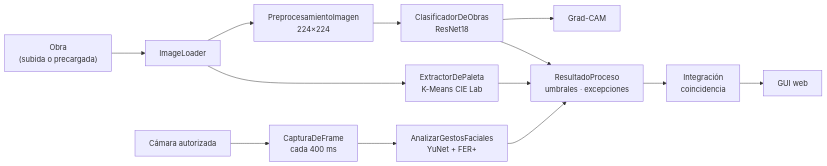
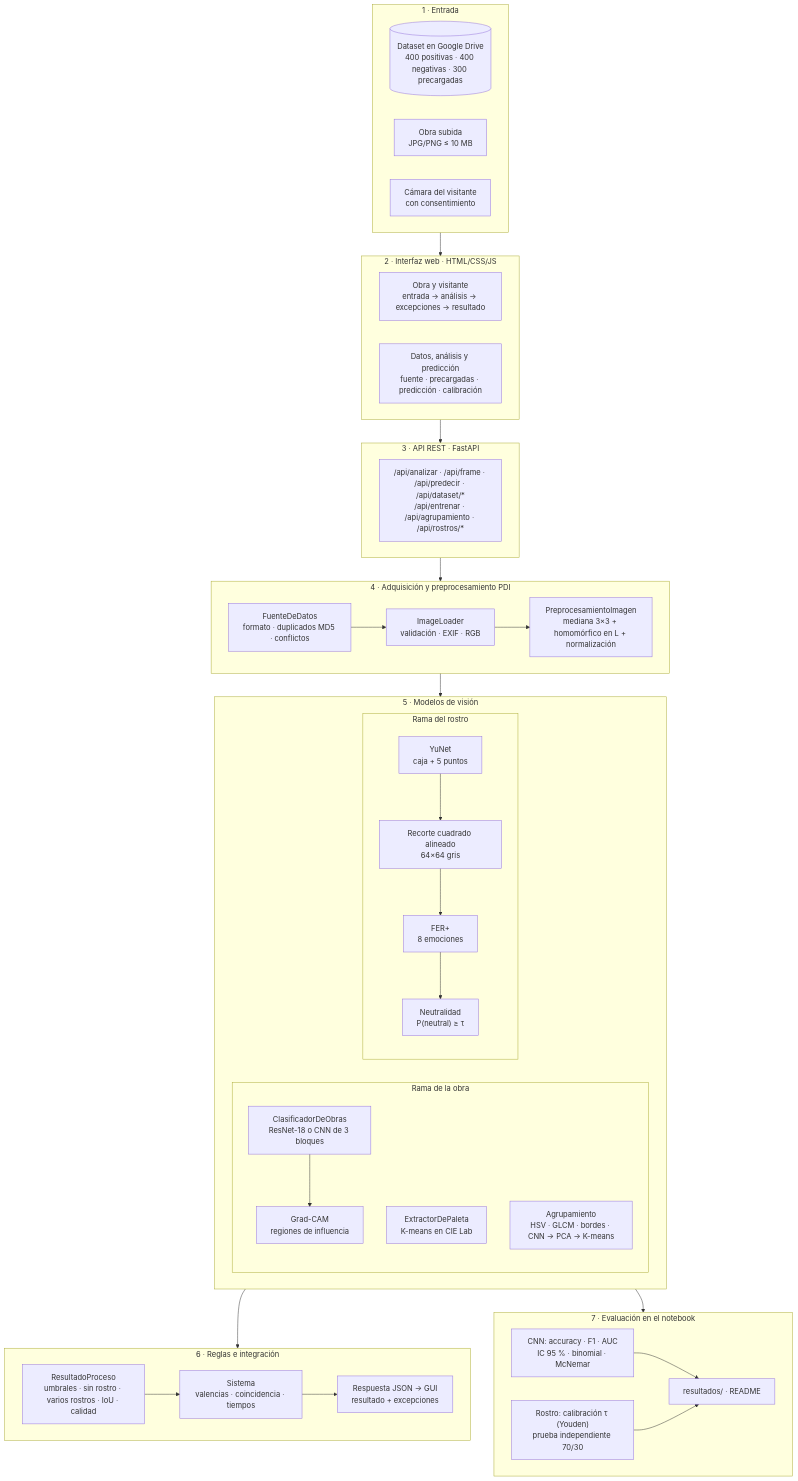
Before and after one commit to Ryuukatsuro25/PDI-Proyecto-final: the diagram in README.md, drawn with Mermaid. The commit also changed other lines of this file, not shown here.

````diff
--- a/README.md
+++ b/README.md
@@ -65,11 +64,48 @@
 ```mermaid
-flowchart LR
-    U1["Obra<br/>(subida o precargada)"] --> M1["ImageLoader"]
-    M1 --> M2["PreprocesamientoImagen<br/>224×224"] --> M3["ClasificadorDeObras<br/>ResNet18"] --> M4["Grad-CAM"]
-    M1 --> M5["ExtractorDePaleta<br/>K-Means CIE Lab"]
-    U2["Cámara autorizada"] --> F1["CapturaDeFrame<br/>cada 400 ms"] --> F2["AnalizarGestosFaciales<br/>YuNet + FER+"]
-    M3 --> R1["ResultadoProceso<br/>umbrales · excepciones"]
-    M5 --> R1
-    F2 --> R1
-    R1 --> R2["Integración<br/>coincidencia"] --> G["GUI web"]
+flowchart TB
+    subgraph E["1 · Entrada"]
+        direction LR
+        D1[("Dataset en Google Drive<br/>400 positivas · 400 negativas · 300 precargadas")]
+        U1["Obra subida<br/>JPG/PNG ≤ 10 MB"]
+        U2["Cámara del visitante<br/>con consentimiento"]
+    end
+    subgraph G["2 · Interfaz web · HTML/CSS/JS"]
+        direction LR
+        G1["Obra y visitante<br/>entrada → análisis → excepciones → resultado"]
+        G2["Datos, análisis y predicción<br/>fuente · precargadas · predicción · calibración"]
+    end
+    subgraph A["3 · API REST · FastAPI"]
+        A1["/api/analizar · /api/frame · /api/predecir · /api/dataset/*<br/>/api/entrenar · /api/agrupamiento · /api/rostros/*"]
+    end
+    subgraph P["4 · Adquisición y preprocesamiento PDI"]
+        direction LR
+        P1["FuenteDeDatos<br/>formato · duplicados MD5 · conflictos"] --> P2["ImageLoader<br/>validación · EXIF · RGB"] --> P3["PreprocesamientoImagen<br/>mediana 3×3 + homomórfico en L + normalización"]
+    end
+    subgraph M["5 · Modelos de visión"]
+        direction LR
+        subgraph MO["Rama de la obra"]
+            direction TB
+            M1["ClasificadorDeObras<br/>ResNet-18 o CNN de 3 bloques"] --> M2["Grad-CAM<br/>regiones de influencia"]
+            M3["ExtractorDePaleta<br/>K-means en CIE Lab"]
+            M4["Agrupamiento<br/>HSV · GLCM · bordes · CNN → PCA → K-means"]
+        end
+        subgraph MR["Rama del rostro"]
+            direction TB
+            F1["YuNet<br/>caja + 5 puntos"] --> F2["Recorte cuadrado alineado<br/>64×64 gris"] --> F3["FER+<br/>8 emociones"] --> F4["Neutralidad<br/>P(neutral) ≥ τ"]
+        end
+    end
+    subgraph R["6 · Reglas e integración"]
+        direction LR
+        R1["ResultadoProceso<br/>umbrales · sin rostro · varios rostros · IoU · calidad"] --> R2["Sistema<br/>valencias · coincidencia · tiempos"] --> R3["Respuesta JSON → GUI<br/>resultado + excepciones"]
+    end
+    subgraph V["7 · Evaluación en el notebook"]
+        direction LR
+        V1["CNN: accuracy · F1 · AUC<br/>IC 95 % · binomial · McNemar"]
+        V2["Rostro: calibración τ (Youden)<br/>prueba independiente 70/30"]
+        V3["resultados/ · README"]
+    end
+    E --> G --> A --> P --> M --> R
+    M --> V
+    V1 --> V3
+    V2 --> V3
 ```
````
